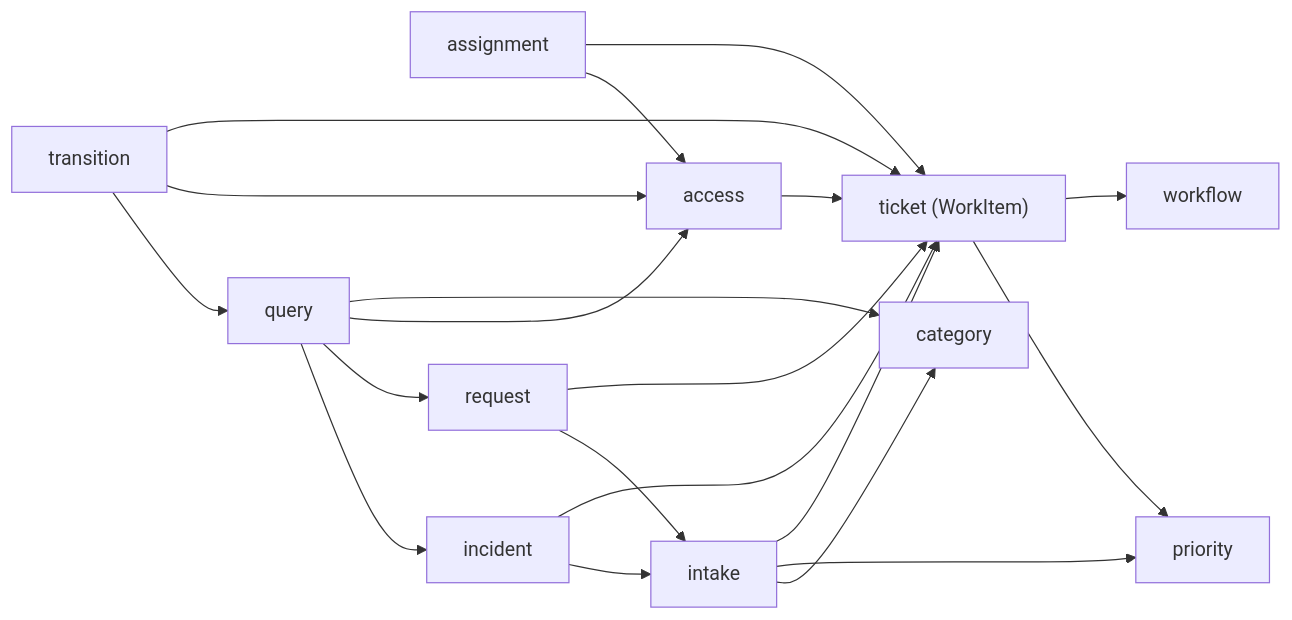
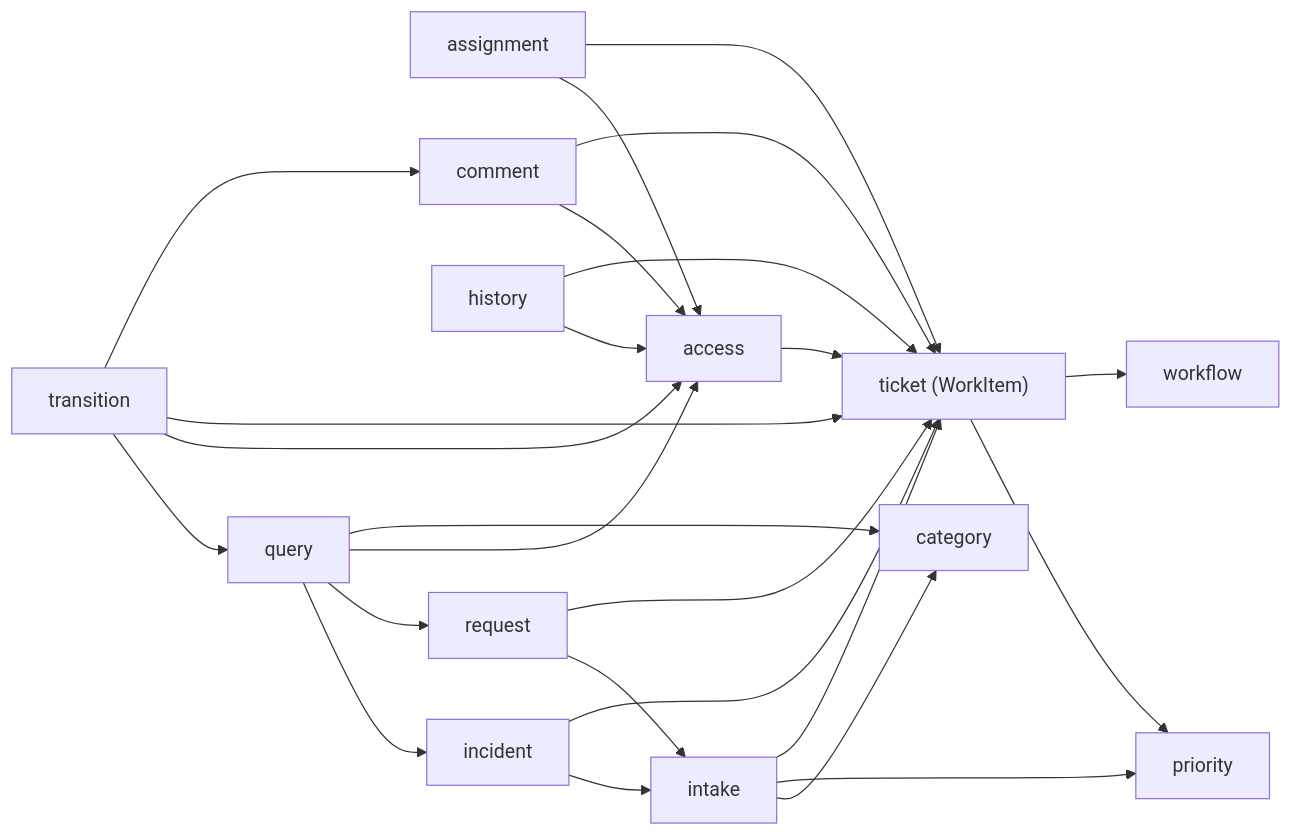
The second of 5 diagrams in docs/architecture.md (Adebozz/enterprise-service-management), drawn with Mermaid before and after one commit. The commit also changed other lines of this file and 29 other files, not shown here.

````diff
--- a/docs/architecture.md
+++ b/docs/architecture.md
@@ -59,10 +59,12 @@
 ```mermaid
 flowchart LR
     transition --> query & access & core
     assignment --> access & core
+    transition --> comment
+    comment & history --> access & core
     query --> incident & request & access & category
     incident & request --> intake
     intake --> category & priority & core["ticket (WorkItem)"]
     incident & request & access --> core
     core --> priority & workflow
 ```
````
